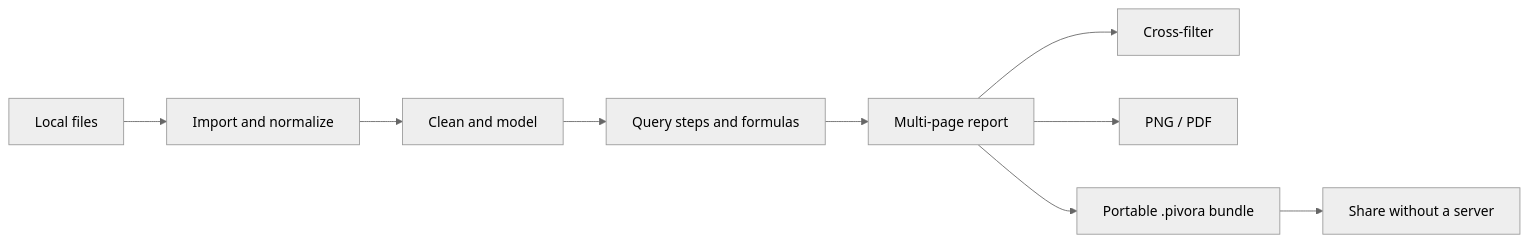
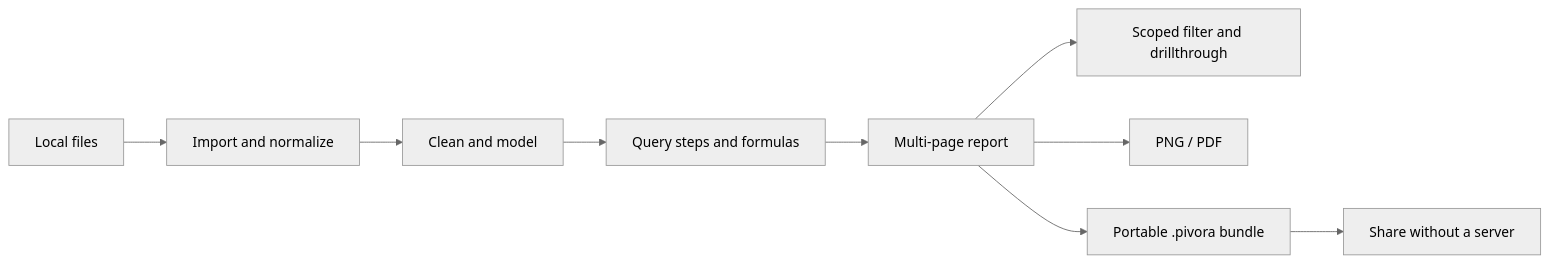
The diagram in README.md (mohui666/pivora), drawn with Mermaid (neutral theme) before and after one commit. The commit also changed other lines of this file and 10 other files, not shown here.

````diff
--- a/README.md
+++ b/README.md
@@ -50,11 +50,11 @@
 ```mermaid
 flowchart LR
     A[Local files] --> B[Import and normalize]
     B --> C[Clean and model]
     C --> D[Query steps and formulas]
     D --> E[Multi-page report]
-    E --> F[Cross-filter]
+    E --> F[Scoped filter and drillthrough]
     E --> G[PNG / PDF]
     E --> H[Portable .pivora bundle]
     H --> I[Share without a server]
 ```
````
